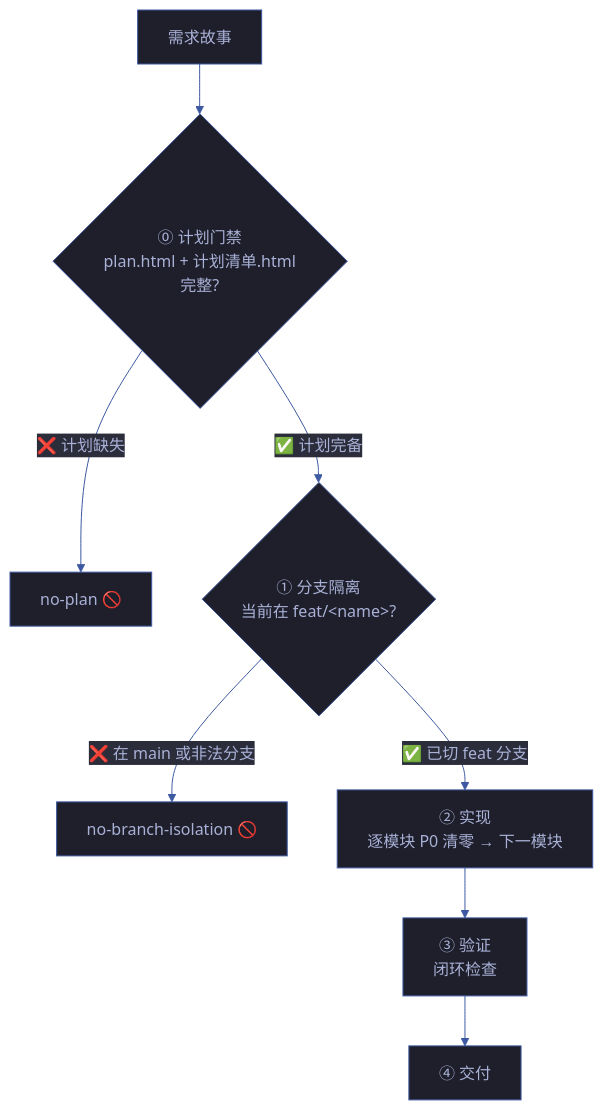
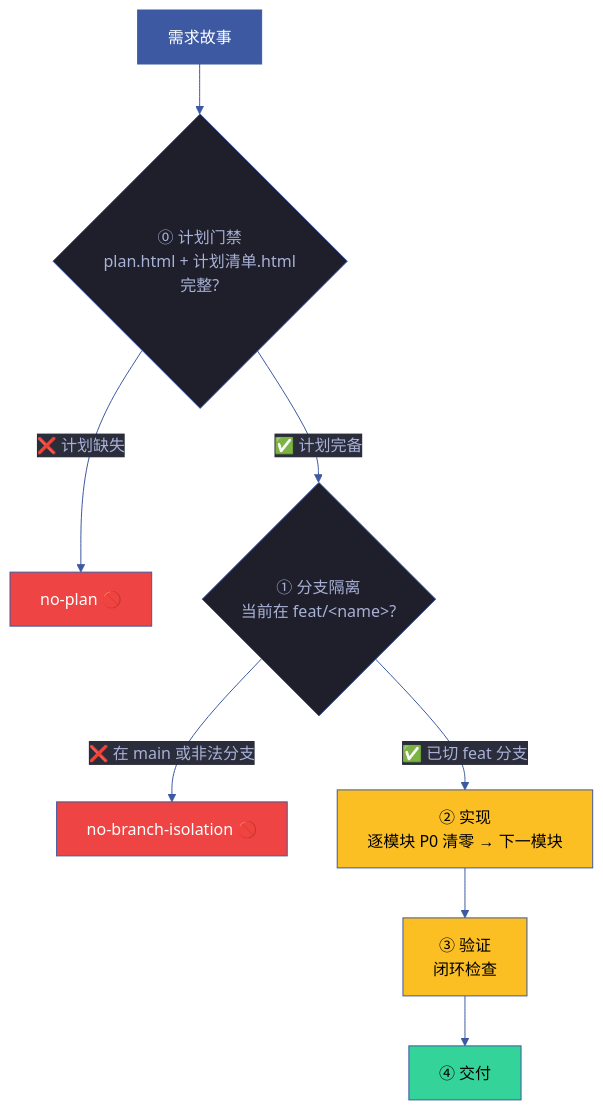
Before and after one commit to effiy/YrY: the first of 9 diagrams in rules/code-pipeline.md, drawn with Mermaid. The commit also changed other lines of this file and 341 other files, not shown here.

````diff
--- a/rules/code-pipeline.md
+++ b/rules/code-pipeline.md
@@ -41,20 +41,24 @@
 ```mermaid
 %%{init: {'theme': 'base', 'themeVariables': {
   'primaryColor': '#1e1f2b',
   'primaryTextColor': '#a9b1d6',
   'primaryBorderColor': '#3d59a1',
   'lineColor': '#3d59a1',
   'secondaryColor': '#2b2d3b',
   'tertiaryColor': '#21232f'
 }}}%%
 flowchart TB
     REQ["需求故事"]:::src --> PLAN{"⓪ 计划门禁<br/>plan.html + 计划清单.html<br/>完整?"}
     PLAN -->|"❌ 计划缺失"| XPLAN["no-plan 🚫"]:::block
     PLAN -->|"✅ 计划完备"| BR{"① 分支隔离<br/>当前在 feat/&lt;name&gt;?"}
     BR -->|"❌ 在 main 或非法分支"| X0["no-branch-isolation 🚫"]:::block
     BR -->|"✅ 已切 feat 分支"| MOD["② 实现<br/>逐模块 P0 清零 → 下一模块"]:::phase
     MOD --> VERIFY["③ 验证<br/>闭环检查"]:::phase
     VERIFY --> DONE["④ 交付"]:::done
 
-
+    classDef src fill:#3d59a1,color:#fff
+    classDef block fill:#ef4444,color:#fff
+    classDef phase fill:#fbbf24,color:#000
+    classDef done fill:#34d399,color:#000
+    classDef pass fill:#34d399,color:#000
 ```
````
